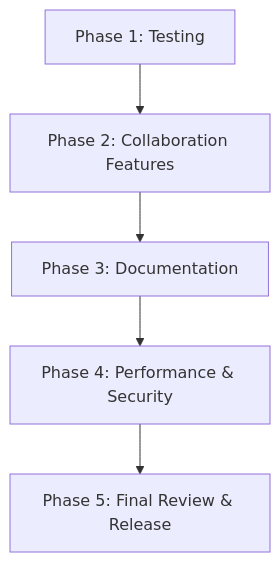
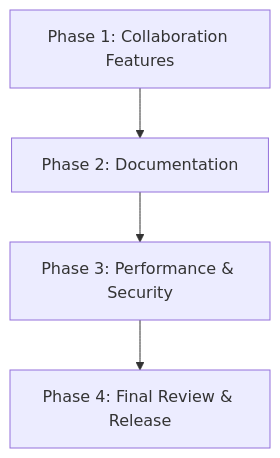
Before and after one commit to ericfitz/tmi: the first of 5 diagrams in api-implementation-next-steps.md, drawn with Mermaid. The commit also changed other lines of this file and 1 other file, not shown here.

````diff
--- a/api-implementation-next-steps.md
+++ b/api-implementation-next-steps.md
@@ -23,7 +23,6 @@
 ```mermaid
 graph TD
-    A[Phase 1: Testing] --> B[Phase 2: Collaboration Features]
-    B --> C[Phase 3: Documentation]
-    C --> D[Phase 4: Performance & Security]
-    D --> E[Phase 5: Final Review & Release]
+    A[Phase 1: Collaboration Features] --> B[Phase 2: Documentation]
+    B --> C[Phase 3: Performance & Security]
+    C --> D[Phase 4: Final Review & Release]
 ```
````
